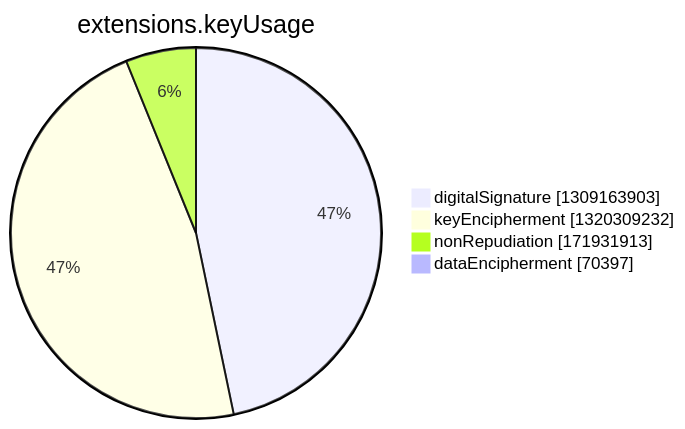
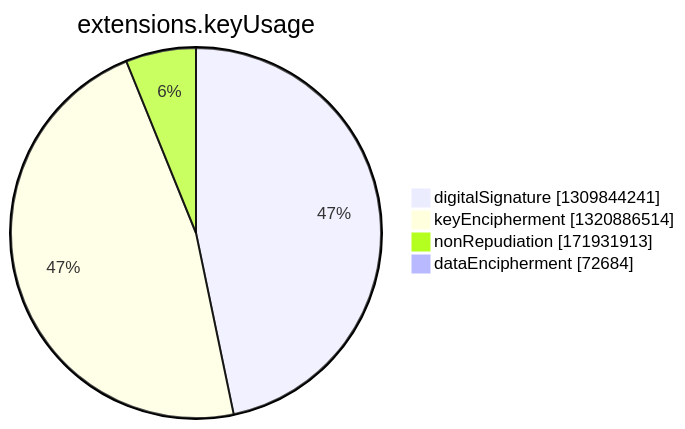
The seventh of 15 diagrams in argon2022/README.md (christiankrug/ctmonitor_visualization), drawn with Mermaid before and after one commit. The commit also changed other lines of this file, not shown here.

````diff
--- a/argon2022/README.md
+++ b/argon2022/README.md
@@ -2750,8 +2750,8 @@
 ```mermaid
 pie showData
 title extensions.keyUsage
-"digitalSignature" :1309163903
-"keyEncipherment" :1320309232
+"digitalSignature" :1309844241
+"keyEncipherment" :1320886514
 "nonRepudiation" :171931913
-"dataEncipherment" :70397
+"dataEncipherment" :72684
 ```
````
